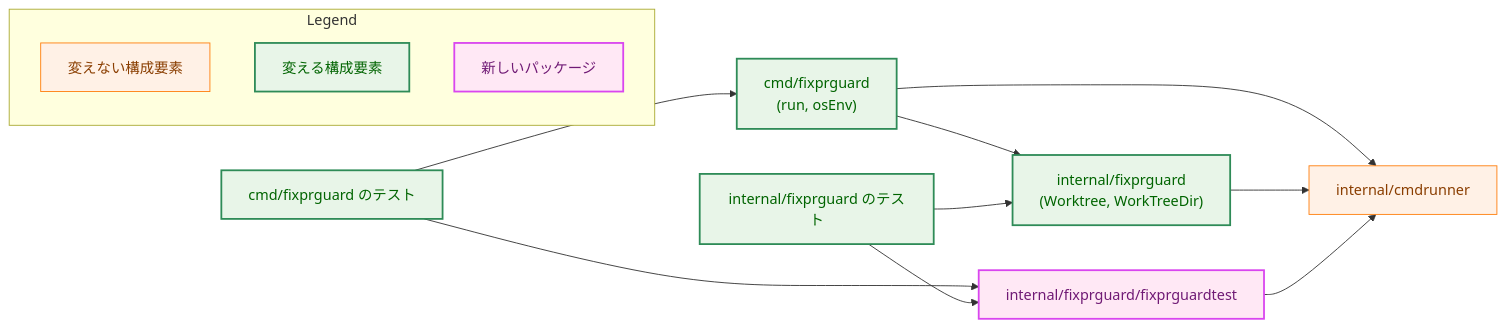
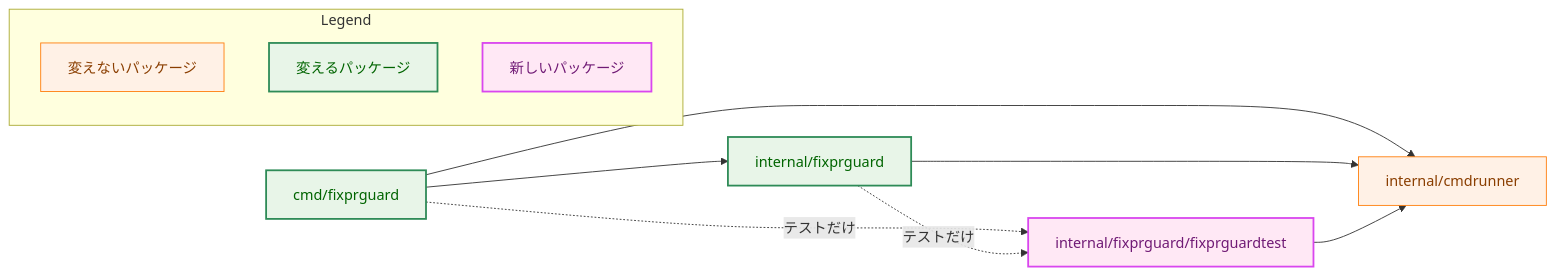
The second of 5 diagrams in docs/tasks/0126_fixprguard_test_speedup/02_architecture.md (isseis/yt2column), drawn with Mermaid before and after one commit. The commit also changed other lines of this file, not shown here.

First line of the commit message:
docs(0126): address the architecture review and polish the Japanese prose

````diff
--- a/docs/tasks/0126_fixprguard_test_speedup/02_architecture.md
+++ b/docs/tasks/0126_fixprguard_test_speedup/02_architecture.md
@@ -106,36 +118,31 @@
 ```mermaid
 flowchart LR
-    classDef data fill:#e6f7ff,stroke:#1f77b4,stroke-width:1px,color:#0b3d91;
     classDef process fill:#fff1e6,stroke:#ff7f0e,stroke-width:1px,color:#8a3e00;
     classDef enhanced fill:#e8f5e8,stroke:#2e8b57,stroke-width:2px,color:#006400;
     classDef newpkg fill:#ffe8f5,stroke:#d946ef,stroke-width:2px,color:#701a75;
 
-    CLI["cmd/fixprguard<br>(run, osEnv)"]
-    LIB["internal/fixprguard<br>(Worktree, WorkTreeDir)"]
+    CLI["cmd/fixprguard"]
+    LIB["internal/fixprguard"]
     CMDR["internal/cmdrunner"]
-    CLIT["cmd/fixprguard のテスト"]
-    LIBT["internal/fixprguard のテスト"]
     FT["internal/fixprguard/fixprguardtest"]
 
     CLI --> LIB
     CLI --> CMDR
     LIB --> CMDR
-    CLIT --> CLI
-    CLIT --> FT
-    LIBT --> LIB
-    LIBT --> FT
+    CLI -.->|"テストだけ"| FT
+    LIB -.->|"テストだけ"| FT
     FT --> CMDR
 
     class CMDR process
-    class CLI,LIB,CLIT,LIBT enhanced
+    class CLI,LIB enhanced
     class FT newpkg
 
     subgraph Legend["Legend"]
-        L1["変えない構成要素"]
-        L2["変える構成要素"]
+        L1["変えないパッケージ"]
+        L2["変えるパッケージ"]
         L3["新しいパッケージ"]
     end
     class L1 process
     class L2 enhanced
     class L3 newpkg
 ```
````
